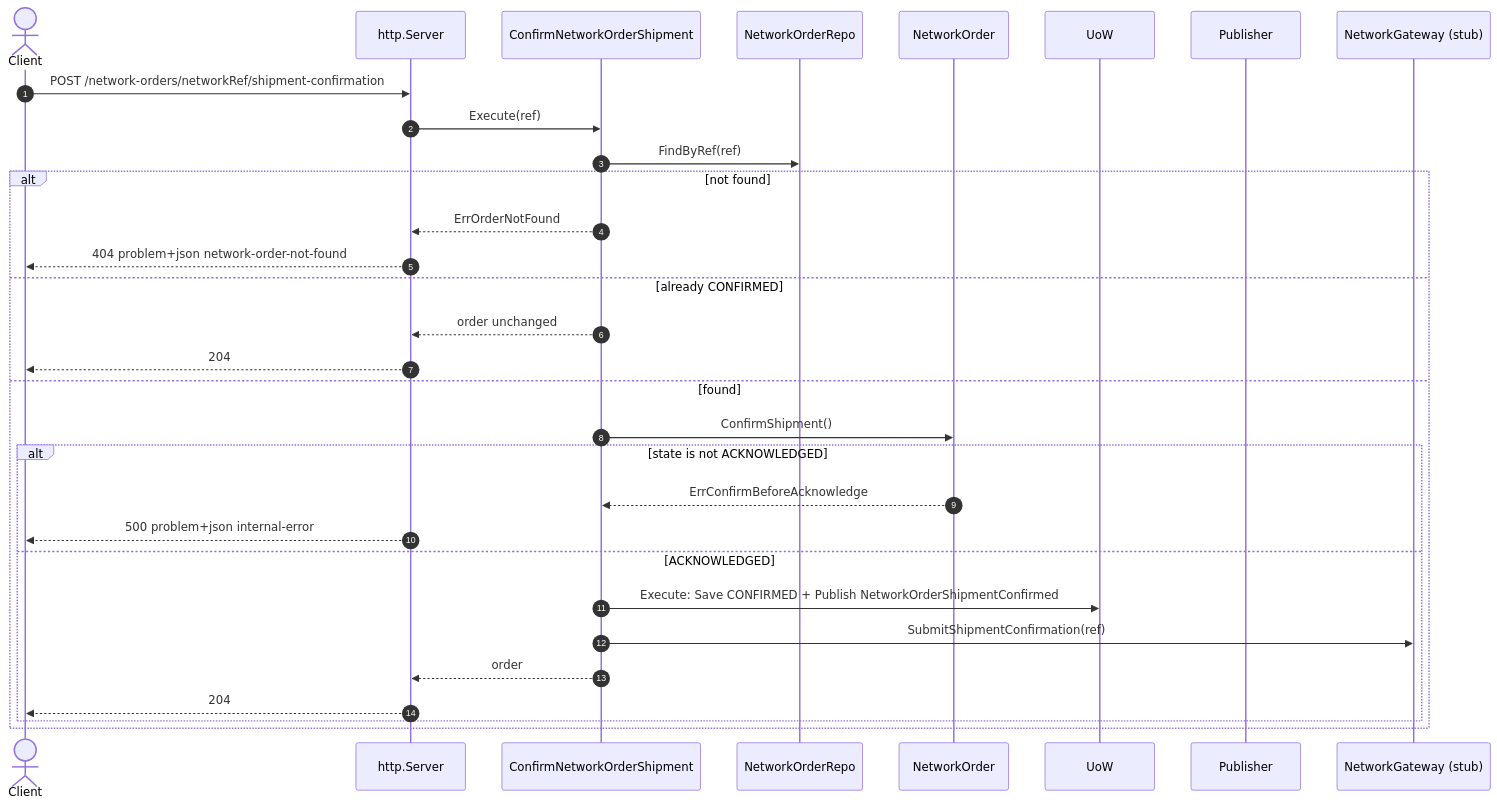
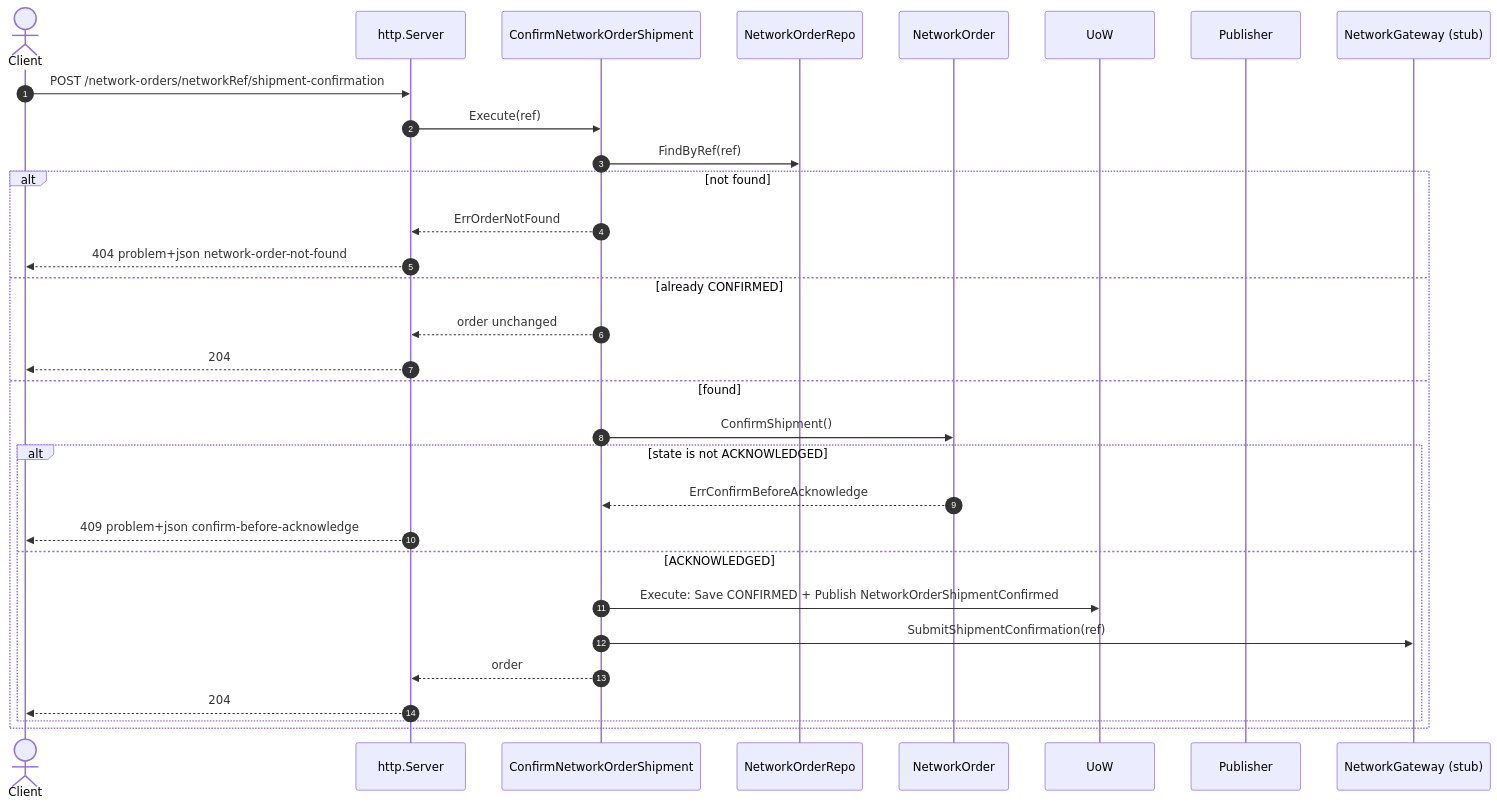
The fourth of 6 diagrams in docs/contexts/network-fulfillment/sequence-diagrams.md (IQVO/warehouse-docs), drawn with Mermaid before and after one commit. The commit also changed other lines of this file and 107 other files, not shown here.

````diff
--- a/docs/contexts/network-fulfillment/sequence-diagrams.md
+++ b/docs/contexts/network-fulfillment/sequence-diagrams.md
@@ -183,33 +183,33 @@
 ```mermaid
 sequenceDiagram
     autonumber
     actor C as Client
     participant H as http.Server
     participant UC as ConfirmNetworkOrderShipment
     participant R as NetworkOrderRepo
     participant A as NetworkOrder
     participant U as UoW
     participant PUB as Publisher
     participant GW as NetworkGateway (stub)
     C->>H: POST /network-orders/networkRef/shipment-confirmation
     H->>UC: Execute(ref)
     UC->>R: FindByRef(ref)
     alt not found
         UC-->>H: ErrOrderNotFound
         H-->>C: 404 problem+json network-order-not-found
     else already CONFIRMED
         UC-->>H: order unchanged
         H-->>C: 204
     else found
         UC->>A: ConfirmShipment()
         alt state is not ACKNOWLEDGED
             A-->>UC: ErrConfirmBeforeAcknowledge
-            H-->>C: 500 problem+json internal-error
+            H-->>C: 409 problem+json confirm-before-acknowledge
         else ACKNOWLEDGED
             UC->>U: Execute: Save CONFIRMED + Publish NetworkOrderShipmentConfirmed
             UC->>GW: SubmitShipmentConfirmation(ref)
             UC-->>H: order
             H-->>C: 204
         end
     end
 ```
````
